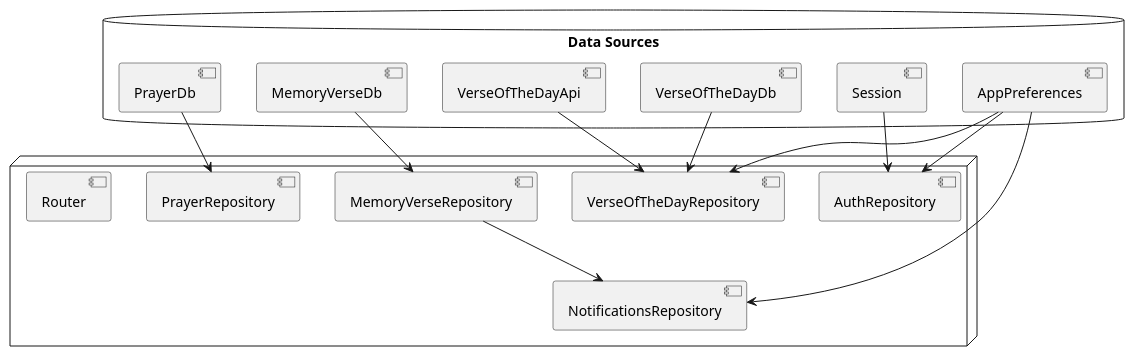
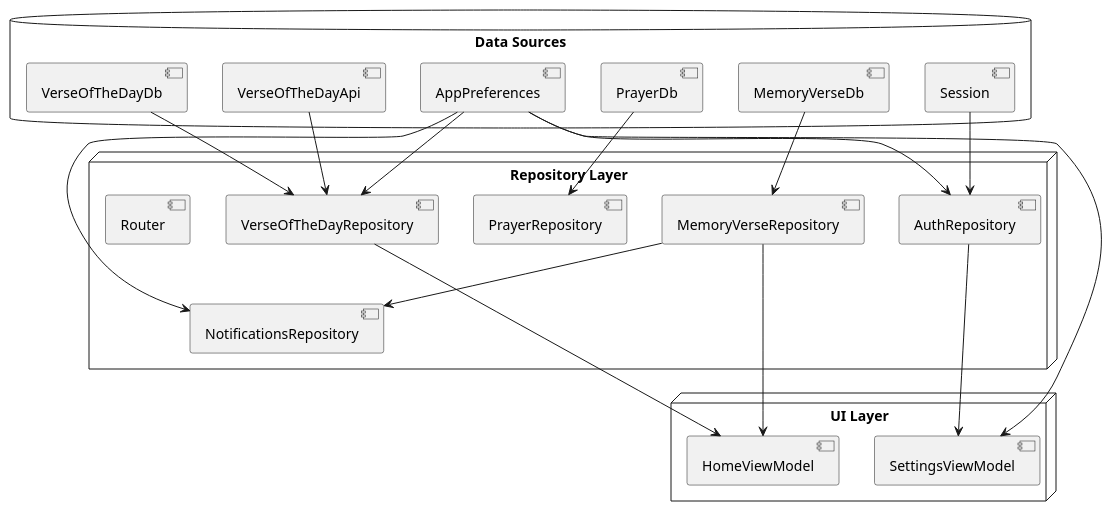
The diagram in modules/repositoryDependencies.puml (cjbrooks12/scripture-apps), drawn with PlantUML before and after one commit. The commit also changed 31 other files, not shown here.

```diff
--- a/modules/repositoryDependencies.puml
+++ b/modules/repositoryDependencies.puml
@@ -1,35 +1,52 @@
 @startuml
 
 database "Data Sources" {
     [Session]
     [AppPreferences]
     [MemoryVerseDb]
     [PrayerDb]
     [VerseOfTheDayApi]
     [VerseOfTheDayDb]
 }
 
-node {
+node "Repository Layer" {
     [AuthRepository]
     [MemoryVerseRepository]
     [NotificationsRepository]
     [PrayerRepository]
     [VerseOfTheDayRepository]
     [Router]
 }
+
+node "UI Layer" {
+    [HomeViewModel]
+    [SettingsViewModel]
+}
+
+' Data Sources --> Repositories
+' ----------------------------------------------------------------------------------------------------------------------
 
 Session --> AuthRepository
 AppPreferences --> AuthRepository
 
 MemoryVerseDb --> MemoryVerseRepository
 
 MemoryVerseRepository --> NotificationsRepository
 AppPreferences --> NotificationsRepository
 
 PrayerDb --> PrayerRepository
 
 AppPreferences --> VerseOfTheDayRepository
 VerseOfTheDayApi --> VerseOfTheDayRepository
 VerseOfTheDayDb --> VerseOfTheDayRepository
 
+' Repositories --> ViewModels
+' ----------------------------------------------------------------------------------------------------------------------
+
+VerseOfTheDayRepository ---> HomeViewModel
+MemoryVerseRepository ---> HomeViewModel
+
+AuthRepository ---> SettingsViewModel
+AppPreferences ---> SettingsViewModel
+
 @enduml
```
